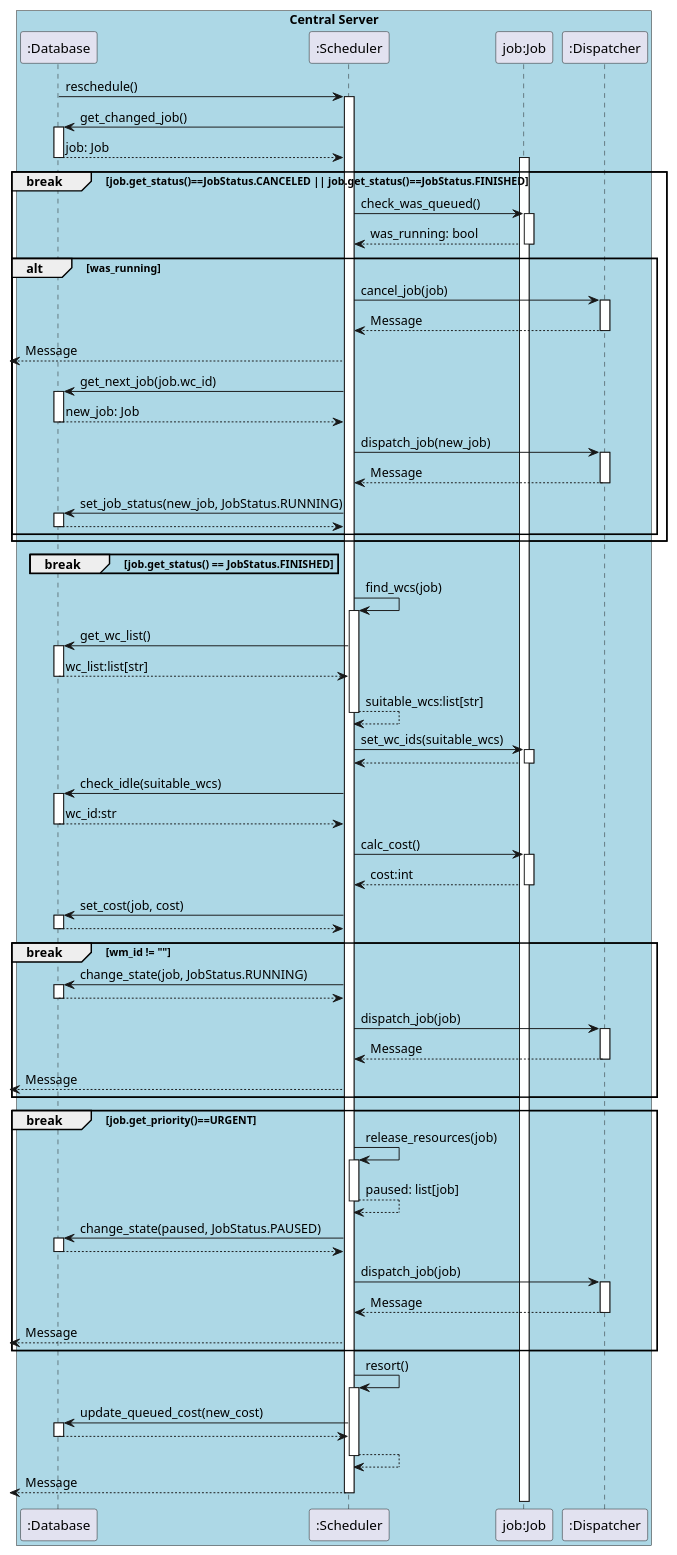
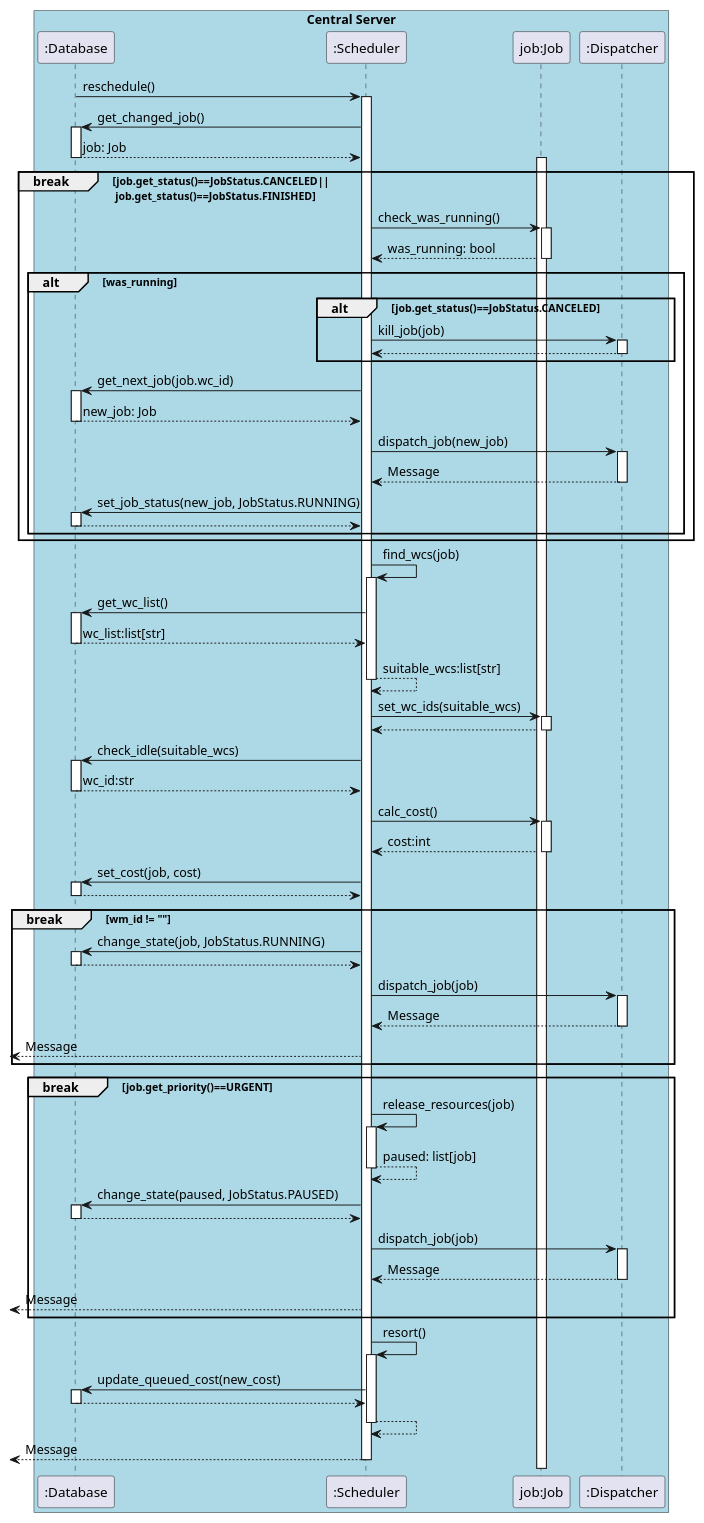
Before and after one commit to DistributedTaskScheduling/documentation: the diagram in design/sequence/scheduler-low.puml, drawn with PlantUML.

```diff
--- a/design/sequence/scheduler-low.puml
+++ b/design/sequence/scheduler-low.puml
@@ -1,93 +1,86 @@
 @startuml
 
 box "Central Server" #Lightblue
     participant ":Database"
     participant ":Scheduler"
     participant "job:Job"
     participant ":Dispatcher"
 end box
 
 
 ":Database" -> ":Scheduler" ++: reschedule()
 ":Scheduler" -> ":Database" ++: get_changed_job()
 ":Database" --> ":Scheduler" --: job: Job
 activate "job:Job"
 
 
-break job.get_status()==JobStatus.CANCELED || job.get_status()==JobStatus.FINISHED
-    ":Scheduler" -> "job:Job" ++:check_was_queued()
+break job.get_status()==JobStatus.CANCELED||\n job.get_status()==JobStatus.FINISHED
+    ":Scheduler" -> "job:Job" ++:check_was_running()
     "job:Job" --> ":Scheduler" --: was_running: bool
 
     alt was_running
-        ":Scheduler" -> ":Dispatcher" ++: cancel_job(job)
-        ":Dispatcher" --> ":Scheduler" --: Message
-        <-- ":Scheduler" : Message
+        alt job.get_status()==JobStatus.CANCELED
+            ":Scheduler" -> ":Dispatcher" ++: kill_job(job)
+            ":Dispatcher" --> ":Scheduler" --
+        end
         ":Scheduler" -> ":Database" ++: get_next_job(job.wc_id)
         ":Database" --> ":Scheduler" --: new_job: Job
         ":Scheduler" -> ":Dispatcher" ++ : dispatch_job(new_job)
         ":Dispatcher" --> ":Scheduler" --:Message
         ":Scheduler" -> ":Database"++: set_job_status(new_job, JobStatus.RUNNING)
         ":Database" --> ":Scheduler" --
-        
     end
-end
-
-break job.get_status() == JobStatus.FINISHED
-    
-
-
 end
 
 ":Scheduler" -> ":Scheduler" ++: find_wcs(job)
 ":Scheduler" -> ":Database" ++: get_wc_list()
 ":Database" --> ":Scheduler" --: wc_list:list[str]
 ":Scheduler" --> ":Scheduler" --: suitable_wcs:list[str]
 
 ":Scheduler" -> "job:Job" ++: set_wc_ids(suitable_wcs)
 "job:Job" --> ":Scheduler" --:
 
 
 ":Scheduler" -> ":Database" ++: check_idle(suitable_wcs)
 ":Database" --> ":Scheduler" --: wc_id:str
 
 ":Scheduler" -> "job:Job" ++: calc_cost()
 "job:Job" --> ":Scheduler" --: cost:int
 ":Scheduler" -> ":Database" ++ : set_cost(job, cost)
 ":Database" --> ":Scheduler" -- 
 break wm_id != ""
 
     ":Scheduler" -> ":Database" ++: change_state(job, JobStatus.RUNNING)
     ":Database" --> ":Scheduler" --:
 
     ":Scheduler" -> ":Dispatcher" ++: dispatch_job(job)
     ":Dispatcher" --> ":Scheduler" -- : Message
     <-- ":Scheduler" : Message
 end
 
 
 break  job.get_priority()==URGENT
     ":Scheduler" -> ":Scheduler" ++: release_resources(job)
     ":Scheduler" --> ":Scheduler" -- : paused: list[job]
     ":Scheduler" -> ":Database" ++: change_state(paused, JobStatus.PAUSED)
     ":Database" --> ":Scheduler" --:
 
     ":Scheduler" -> ":Dispatcher" ++: dispatch_job(job)
 
     ":Scheduler" <-- ":Dispatcher" --: Message
     <-- ":Scheduler" : Message
 
 end
 
-
 ":Scheduler" -> ":Scheduler" ++: resort()
 ":Scheduler" -> ":Database" ++: update_queued_cost(new_cost)
 ":Database" --> ":Scheduler" --: 
 
 ":Scheduler" --> ":Scheduler" --:
 
 
 
      <-- ":Scheduler" : Message
 deactivate ":Scheduler"
 
 @enduml
```
